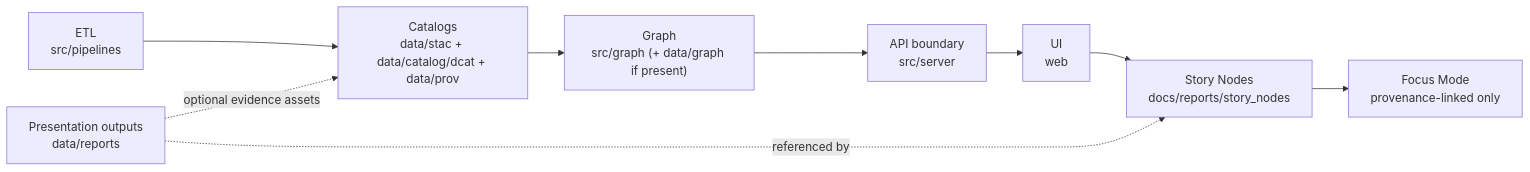
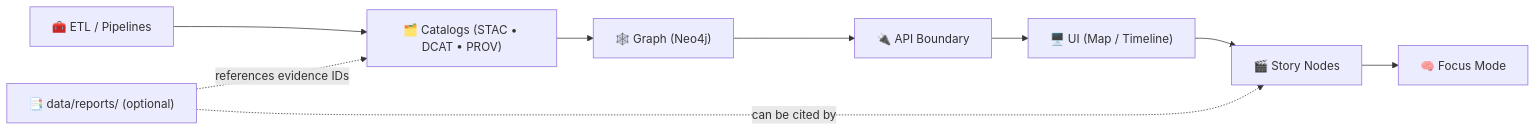
Before and after one commit to bartytime4life/Kansas-Frontier-Matrix: the first of 2 diagrams in data/reports/README.md, drawn with Mermaid. The commit also changed other lines of this file, not shown here.

````diff
--- a/data/reports/README.md
+++ b/data/reports/README.md
@@ -208,12 +103,12 @@
-~~~mermaid
+```mermaid
 flowchart LR
-  A["ETL<br/>src/pipelines"] --> B["Catalogs<br/>data/stac + data/catalog/dcat + data/prov"]
-  B --> C["Graph<br/>src/graph (+ data/graph if present)"]
-  C --> D["API boundary<br/>src/server"]
-  D --> E["UI<br/>web"]
-  E --> F["Story Nodes<br/>docs/reports/story_nodes"]
-  F --> G["Focus Mode<br/>provenance-linked only"]
+  ETL["🧰 ETL / Pipelines"] --> CAT["🗂️ Catalogs (STAC • DCAT • PROV)"]
+  CAT --> GRAPH["🕸️ Graph (Neo4j)"]
+  GRAPH --> API["🔌 API Boundary"]
+  API --> UI["🖥️ UI (Map / Timeline)"]
+  UI --> STORY["🎬 Story Nodes"]
+  STORY --> FOCUS["🧠 Focus Mode"]
 
-  P["Presentation outputs<br/>data/reports"] -. optional evidence assets .-> B
-  P -. referenced by .-> F
-~~~
+  REP["📑 data/reports/ (optional)"] -. "references evidence IDs" .-> CAT
+  REP -. "can be cited by" .-> STORY
+```
````
